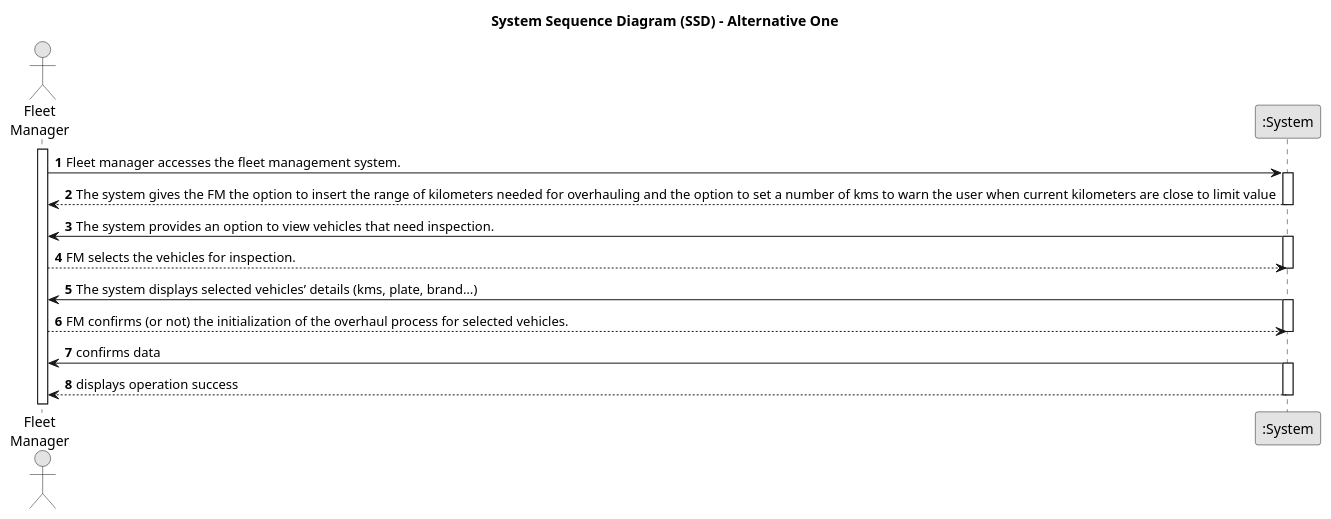
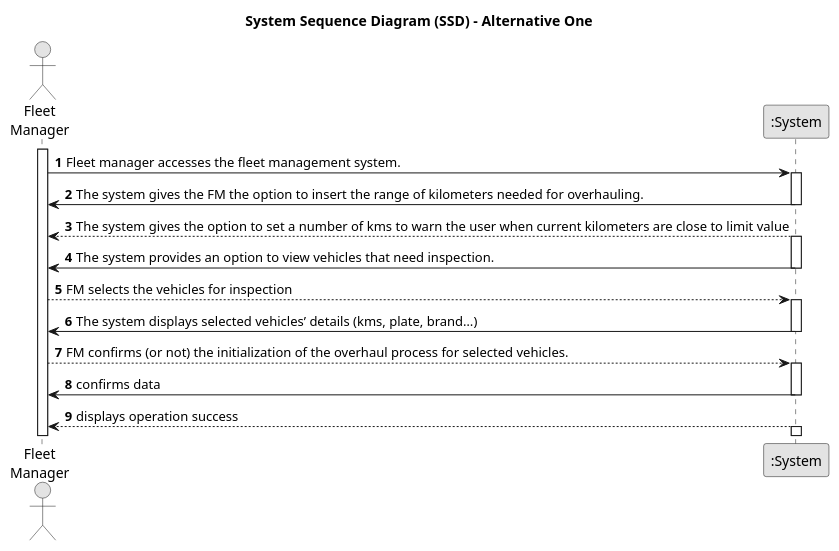
Before and after one commit to SAEmanuel/Green_Spaces_Management_ISEP: the diagram in docs/sprintA/us008/01.requirements-engineering/puml/us008-system-sequence-diagram-alternative-one.puml, drawn with PlantUML. The commit also changed 1 other file, not shown here.

```diff
--- a/docs/sprintA/us008/01.requirements-engineering/puml/us008-system-sequence-diagram-alternative-one.puml
+++ b/docs/sprintA/us008/01.requirements-engineering/puml/us008-system-sequence-diagram-alternative-one.puml
@@ -1,39 +1,42 @@
 @startuml
 skinparam monochrome true
 skinparam packageStyle rectangle
 skinparam shadowing false
 
 title System Sequence Diagram (SSD) - Alternative One
 
 autonumber
 
 actor "Fleet\nManager" as FM
 participant ":System" as System
 
 activate FM
 
     FM -> System : Fleet manager accesses the fleet management system.
     activate System
 
-        System --> FM : The system gives the FM the option to insert the range of kilometers needed for overhauling and the option to set a number of kms to warn the user when current kilometers are close to limit value
+    System -> FM : The system gives the FM the option to insert the range of kilometers needed for overhauling.
+        deactivate System
+
+        System --> FM : The system gives the option to set a number of kms to warn the user when current kilometers are close to limit value
+    activate System
+
+    System -> FM : The system provides an option to view vehicles that need inspection.
     deactivate System
 
-    System -> FM : The system provides an option to view vehicles that need inspection.
+        FM --> System : FM selects the vehicles for inspection
     activate System
 
-        FM --> System : FM selects the vehicles for inspection.
+    System -> FM : The system displays selected vehicles’ details (kms, plate, brand…)
     deactivate System
 
-    System -> FM : The system displays selected vehicles’ details (kms, plate, brand…)
+        FM --> System : FM confirms (or not) the initialization of the overhaul process for selected vehicles.
     activate System
 
-        FM --> System : FM confirms (or not) the initialization of the overhaul process for selected vehicles.
+    System -> FM : confirms data
     deactivate System
 
-    System -> FM : confirms data
+        System --> FM : displays operation success
     activate System
 
-        System --> FM : displays operation success
-    deactivate System
-
 @enduml
```
